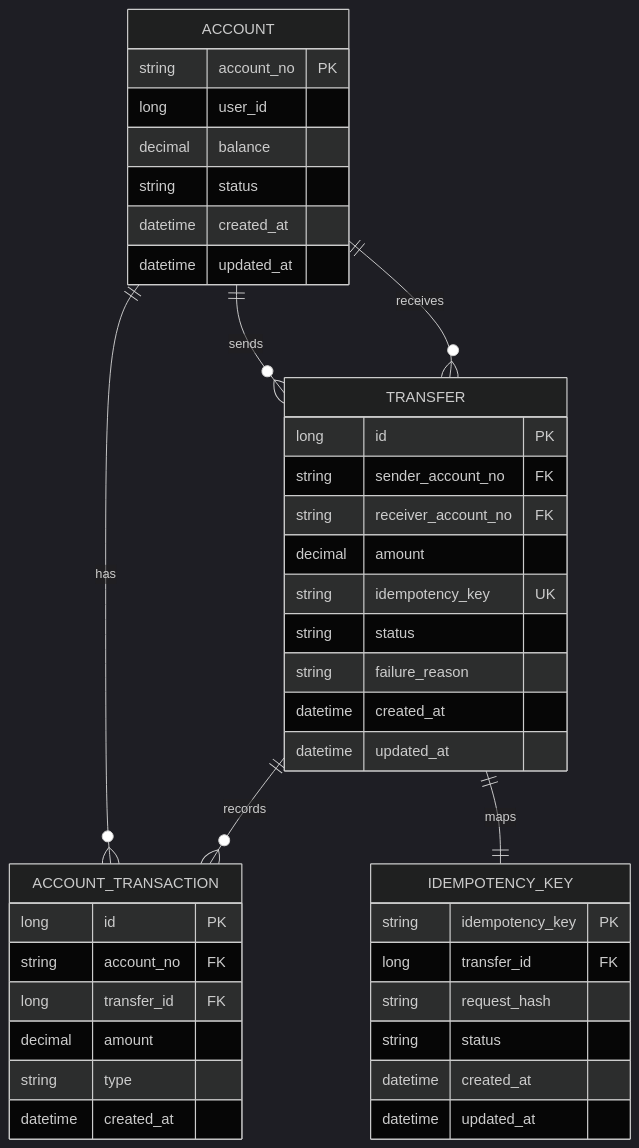
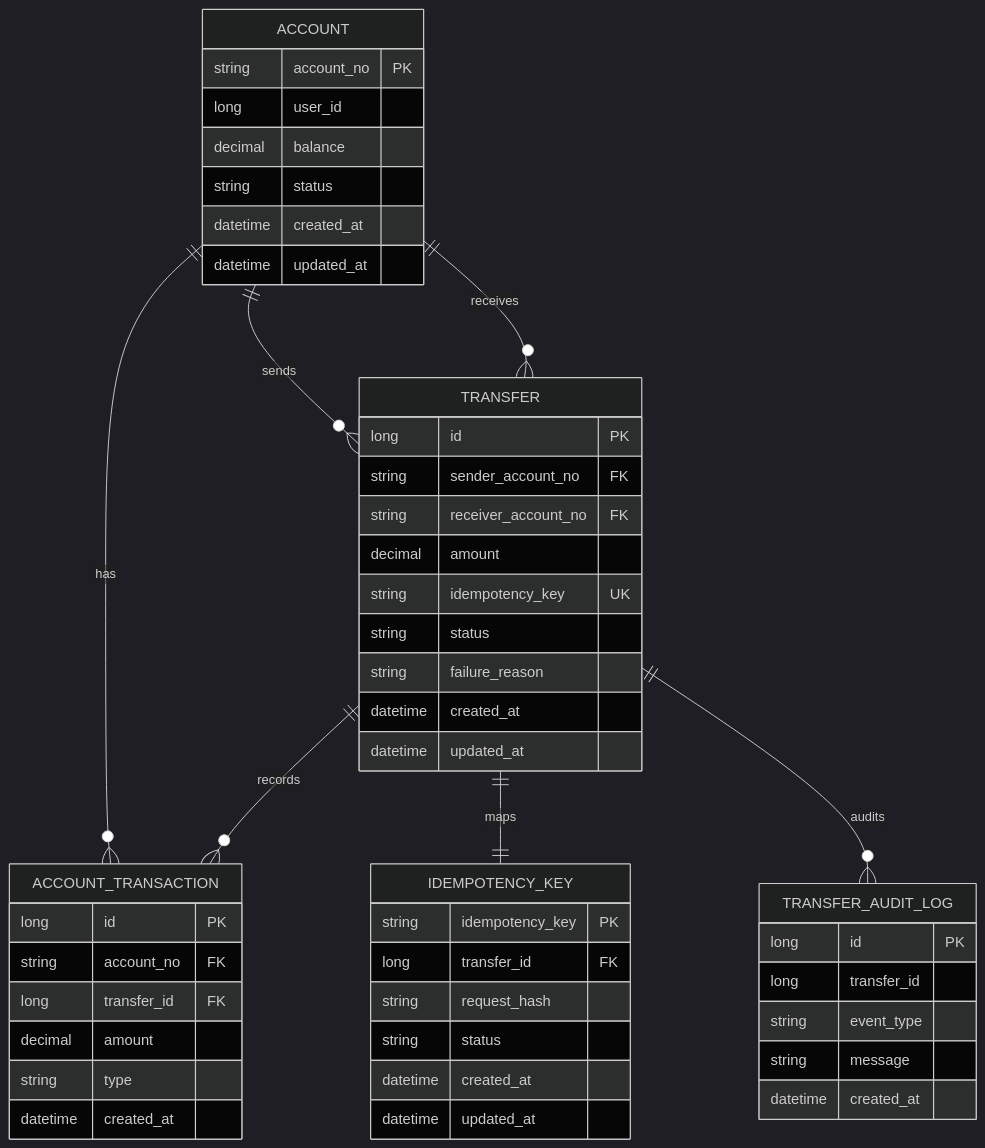
Before and after one commit to gooya3000/transfer-propagation-lab: the diagram in README.md, drawn with Mermaid (dark theme). The commit also changed other lines of this file and 36 other files, not shown here.

````diff
--- a/README.md
+++ b/README.md
@@ -98,47 +129,56 @@
 ```mermaid
 erDiagram
     ACCOUNT {
         string account_no PK
         long user_id
         decimal balance
         string status
         datetime created_at
         datetime updated_at
     }
 
     TRANSFER {
         long id PK
         string sender_account_no FK
         string receiver_account_no FK
         decimal amount
         string idempotency_key UK
         string status
         string failure_reason
         datetime created_at
         datetime updated_at
     }
 
     ACCOUNT_TRANSACTION {
         long id PK
         string account_no FK
         long transfer_id FK
         decimal amount
         string type
         datetime created_at
     }
 
     IDEMPOTENCY_KEY {
         string idempotency_key PK
         long transfer_id FK
         string request_hash
         string status
         datetime created_at
         datetime updated_at
     }
 
+    TRANSFER_AUDIT_LOG {
+        long id PK
+        long transfer_id
+        string event_type
+        string message
+        datetime created_at
+    }
+
     ACCOUNT ||--o{ TRANSFER : sends
     ACCOUNT ||--o{ TRANSFER : receives
     ACCOUNT ||--o{ ACCOUNT_TRANSACTION : has
     TRANSFER ||--o{ ACCOUNT_TRANSACTION : records
     TRANSFER ||--|| IDEMPOTENCY_KEY : maps
+    TRANSFER ||--o{ TRANSFER_AUDIT_LOG : audits
 ```
````
